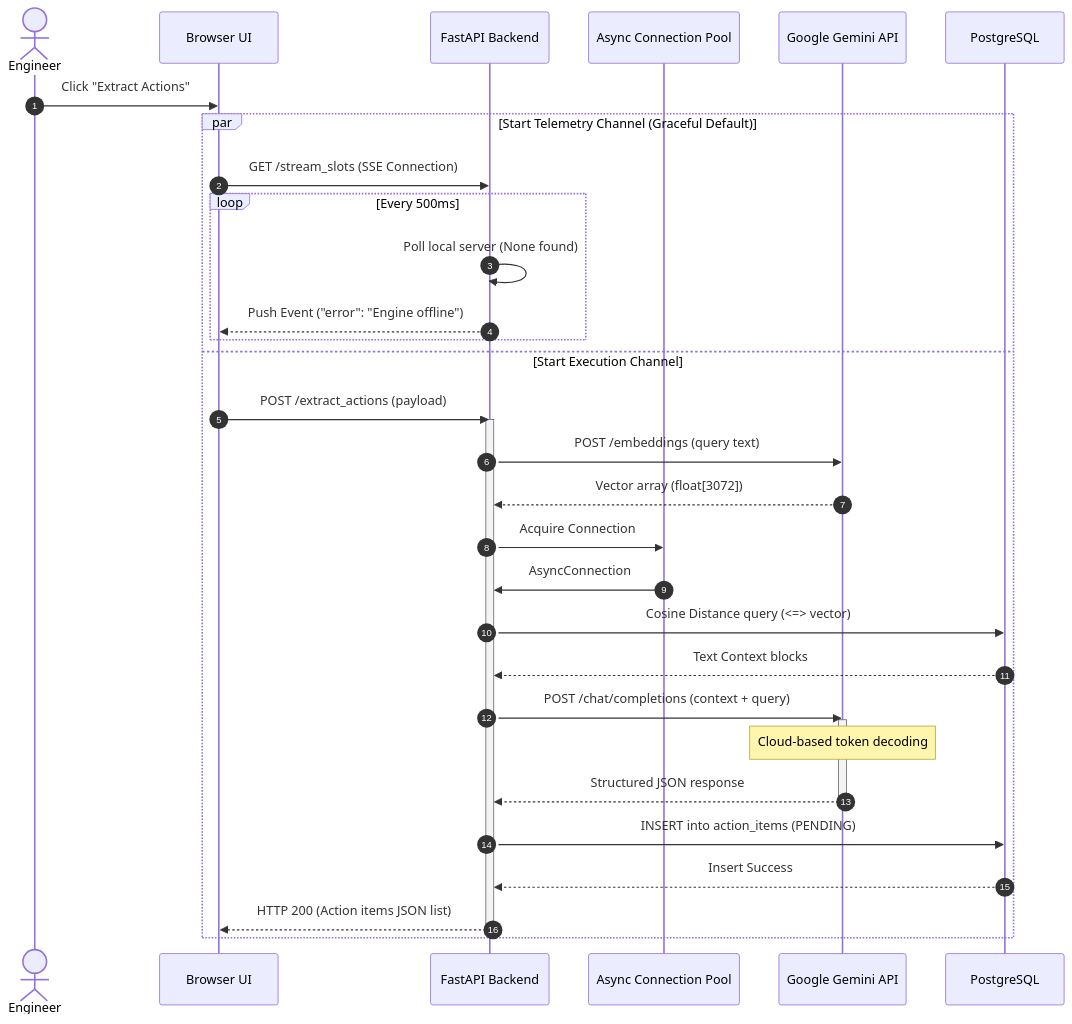
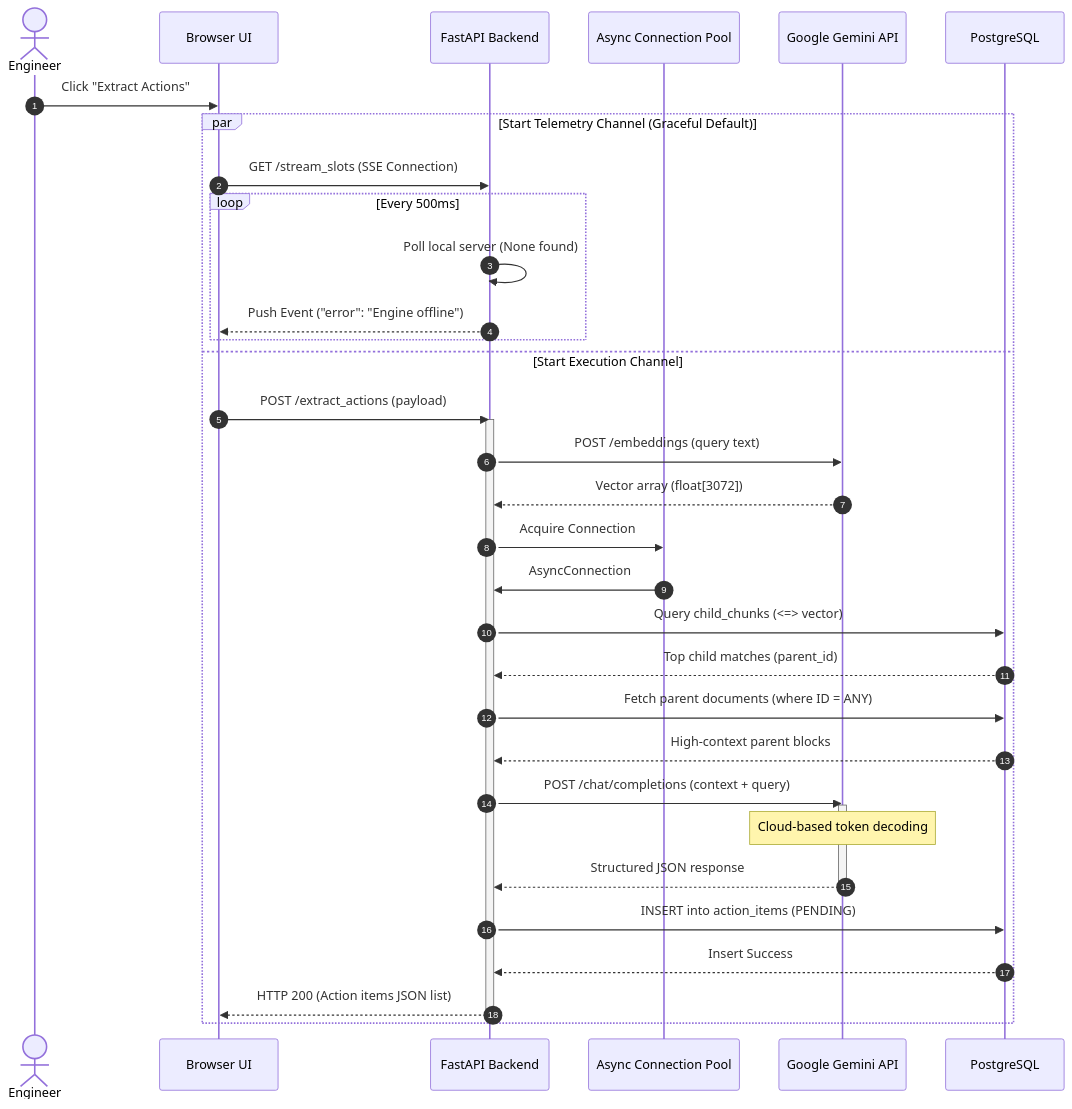
One commit to jackxpeng/omniscribe changed the third of 5 diagrams in architecture_documentation.md. Above: the diagram before and after it, drawn with Mermaid. The commit also changed other lines of this file and 1 other file, not shown here.

Commit message:
feat: migrate RAG retrieval to decoupled Parent-Child (Small-to-Big) architecture

````diff
--- a/architecture_documentation.md
+++ b/architecture_documentation.md
@@ -75,43 +75,46 @@
 ```mermaid
 sequenceDiagram
     autonumber
     actor User as Engineer
     participant UI as Browser UI
     participant API as FastAPI Backend
     participant Pool as Async Connection Pool
     participant Gemini as Google Gemini API
     participant DB as PostgreSQL
 
     User->>UI: Click "Extract Actions"
     par Start Telemetry Channel (Graceful Default)
         UI->>API: GET /stream_slots (SSE Connection)
         loop Every 500ms
             API->>API: Poll local server (None found)
             API-->>UI: Push Event ("error": "Engine offline")
         end
     and Start Execution Channel
         UI->>API: POST /extract_actions (payload)
         activate API
         
         API->>Gemini: POST /embeddings (query text)
         Gemini-->>API: Vector array (float[3072])
         
         API->>Pool: Acquire Connection
         Pool->>API: AsyncConnection
         
-        API->>DB: Cosine Distance query (<=> vector)
-        DB-->>API: Text Context blocks
+        API->>DB: Query child_chunks (<=> vector)
+        DB-->>API: Top child matches (parent_id)
+        
+        API->>DB: Fetch parent documents (where ID = ANY)
+        DB-->>API: High-context parent blocks
         
         API->>Gemini: POST /chat/completions (context + query)
         activate Gemini
         Note over Gemini: Cloud-based token decoding
         Gemini-->>API: Structured JSON response
         deactivate Gemini
         
         API->>DB: INSERT into action_items (PENDING)
         DB-->>API: Insert Success
         
         API-->>UI: HTTP 200 (Action items JSON list)
         deactivate API
     end
 ```
````
